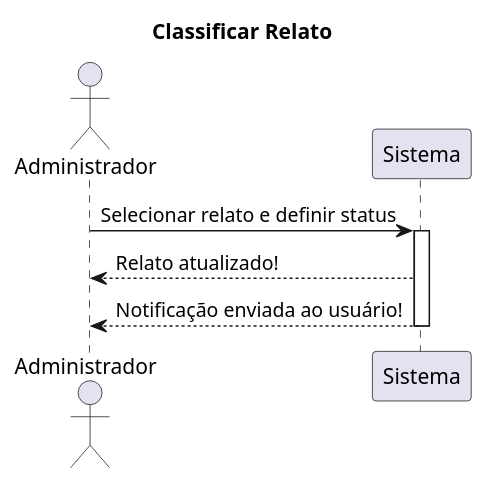
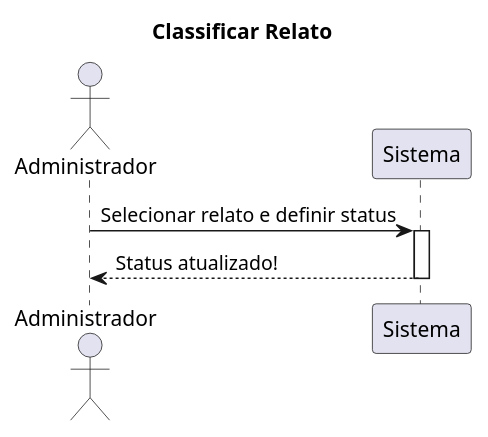
One commit to RenataArdito/Alerta-ADS changed the third of 3 diagrams in SequenceDiagram.md. Above: the diagram before and after it, drawn with PlantUML.

````diff
--- a/SequenceDiagram.md
+++ b/SequenceDiagram.md
@@ -43,17 +43,16 @@
 ```plantuml
 @startuml
 
 title Classificar Relato
 
 actor "Administrador" as admin
 participant "Sistema" as sis
 
 admin -> sis: Selecionar relato e definir status
 activate sis
 
-sis --> admin: Relato atualizado!
-sis --> admin: Notificação enviada ao usuário!
+sis --> admin: Status atualizado!
 deactivate sis
 
 @enduml
 ```
````
